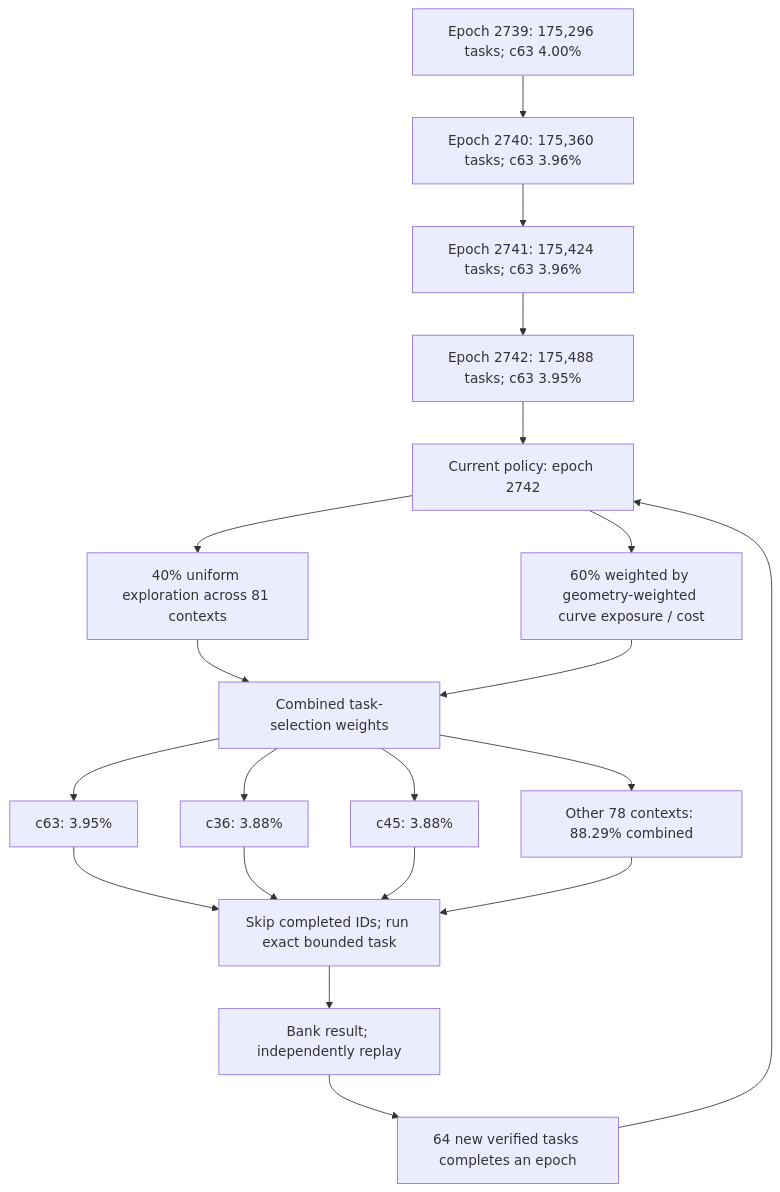
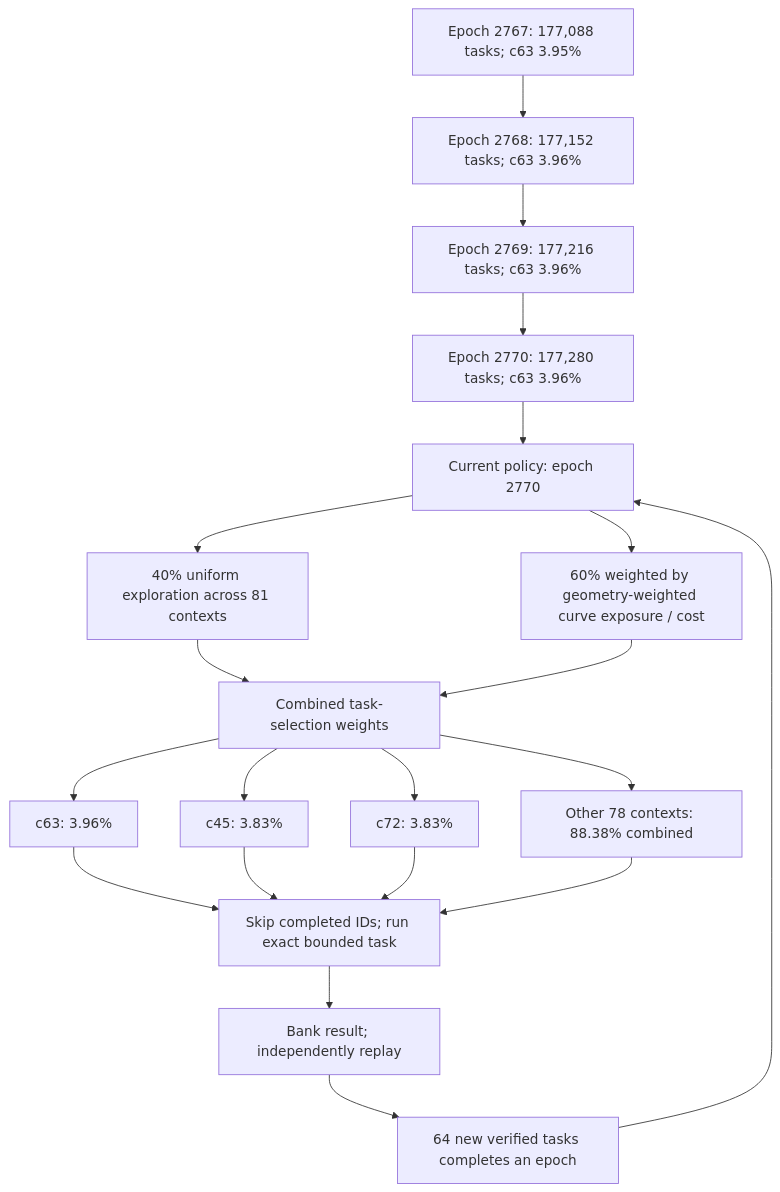
The first of 3 diagrams in README.md (Kuberwastaken/math-gambling), drawn with Mermaid before and after one commit. The commit also changed other lines of this file and 3566 other files, not shown here.

````diff
--- a/README.md
+++ b/README.md
@@ -56,27 +56,27 @@
 ```mermaid
 flowchart TD
-    H0["Epoch 2739: 175,296 tasks; c63 4.00%"]
-    H1["Epoch 2740: 175,360 tasks; c63 3.96%"]
+    H0["Epoch 2767: 177,088 tasks; c63 3.95%"]
+    H1["Epoch 2768: 177,152 tasks; c63 3.96%"]
     H0 --> H1
-    H2["Epoch 2741: 175,424 tasks; c63 3.96%"]
+    H2["Epoch 2769: 177,216 tasks; c63 3.96%"]
     H1 --> H2
-    H3["Epoch 2742: 175,488 tasks; c63 3.95%"]
+    H3["Epoch 2770: 177,280 tasks; c63 3.96%"]
     H2 --> H3
-    Policy["Current policy: epoch 2742"]
+    Policy["Current policy: epoch 2770"]
     H3 --> Policy
     Policy --> Explore["40% uniform exploration across 81 contexts"]
     Policy --> Cost["60% weighted by geometry-weighted curve exposure / cost"]
     Explore --> Mix["Combined task-selection weights"]
     Cost --> Mix
-    Mix --> C0["c63: 3.95%"]
-    Mix --> C1["c36: 3.88%"]
-    Mix --> C2["c45: 3.88%"]
-    Mix --> Rest["Other 78 contexts: 88.29% combined"]
+    Mix --> C0["c63: 3.96%"]
+    Mix --> C1["c45: 3.83%"]
+    Mix --> C2["c72: 3.83%"]
+    Mix --> Rest["Other 78 contexts: 88.38% combined"]
     C0 --> Check["Skip completed IDs; run exact bounded task"]
     C1 --> Check
     C2 --> Check
     Rest --> Check
     Check --> Replay["Bank result; independently replay"]
     Replay --> Gate["64 new verified tasks completes an epoch"]
     Gate --> Policy
 ```
````
